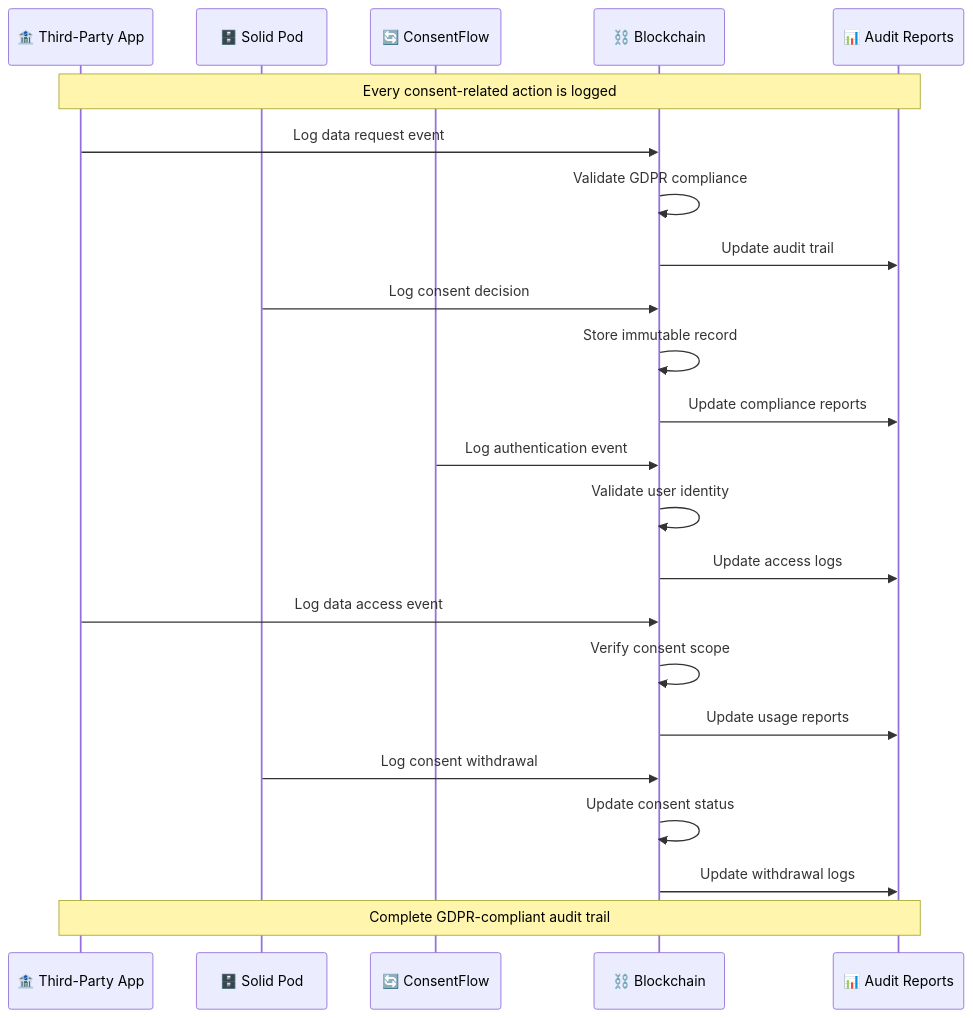
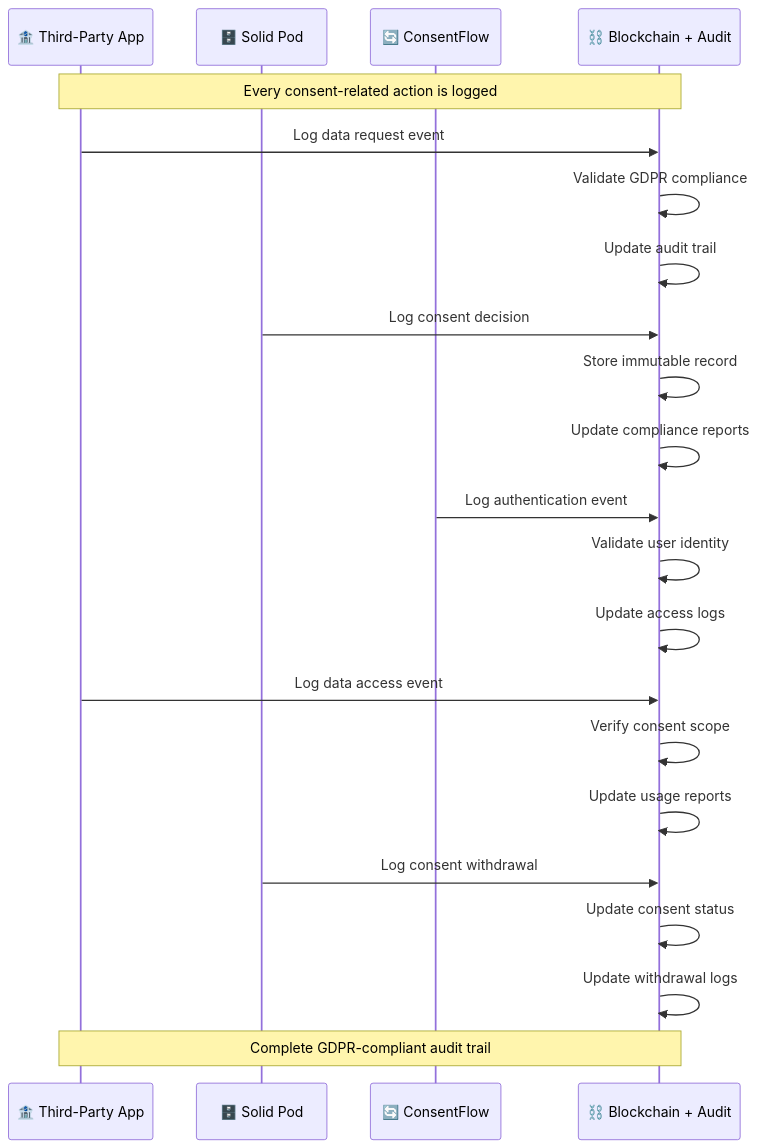
Before and after one commit to kobivan92/digital_consent: diagram 13 of 18 in README.md, drawn with Mermaid. The commit also changed other lines of this file, not shown here.

First line of the commit message:
Refactor GDPR compliance section in README.md for clarity and accuracy

````diff
--- a/README.md
+++ b/README.md
@@ -570,32 +476,31 @@
 ```mermaid
 sequenceDiagram
     participant TP as 🏦 Third-Party App
     participant SP as 🗄️ Solid Pod
     participant CF as 🔄 ConsentFlow
-    participant BC as ⛓️ Blockchain
-    participant AR as 📊 Audit Reports
+    participant BC as ⛓️ Blockchain + Audit
     
-    Note over TP,AR: Every consent-related action is logged
+    Note over TP,BC: Every consent-related action is logged
     
     TP->>BC: Log data request event
     BC->>BC: Validate GDPR compliance
-    BC->>AR: Update audit trail
+    BC->>BC: Update audit trail
     
     SP->>BC: Log consent decision
     BC->>BC: Store immutable record
-    BC->>AR: Update compliance reports
+    BC->>BC: Update compliance reports
     
     CF->>BC: Log authentication event
     BC->>BC: Validate user identity
-    BC->>AR: Update access logs
+    BC->>BC: Update access logs
     
     TP->>BC: Log data access event
     BC->>BC: Verify consent scope
-    BC->>AR: Update usage reports
+    BC->>BC: Update usage reports
     
     SP->>BC: Log consent withdrawal
     BC->>BC: Update consent status
-    BC->>AR: Update withdrawal logs
+    BC->>BC: Update withdrawal logs
     
-    Note over TP,AR: Complete GDPR-compliant audit trail
+    Note over TP,BC: Complete GDPR-compliant audit trail
 ```
````
